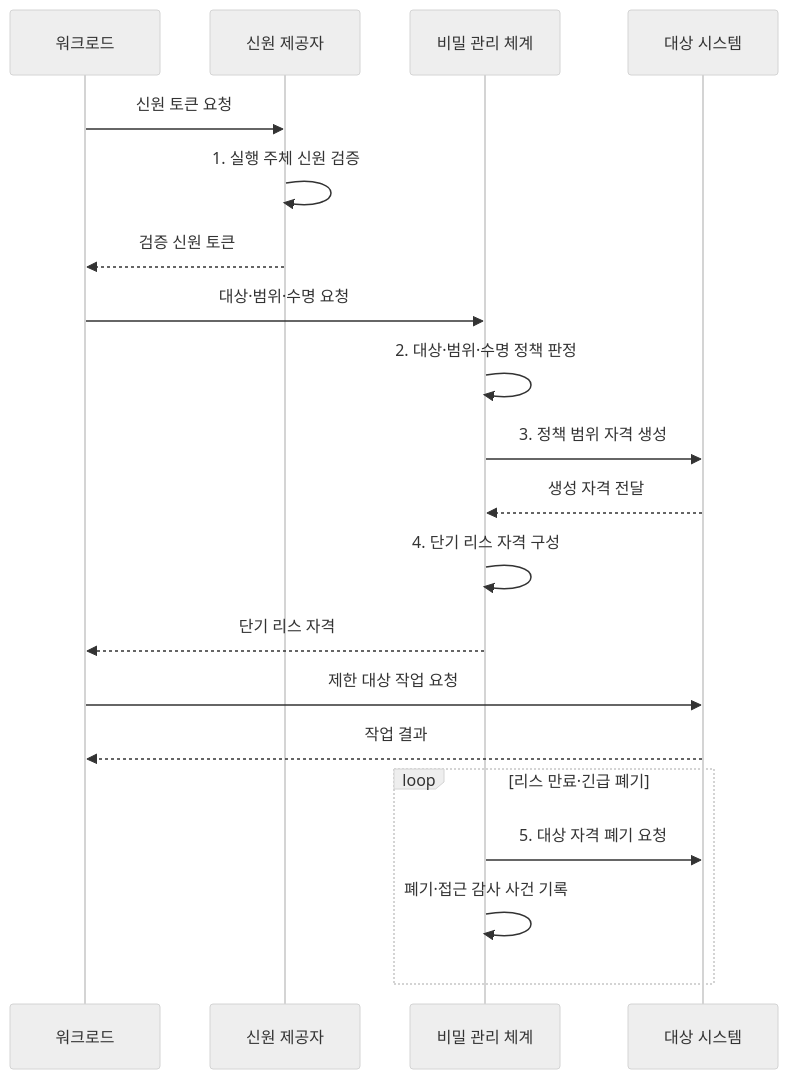
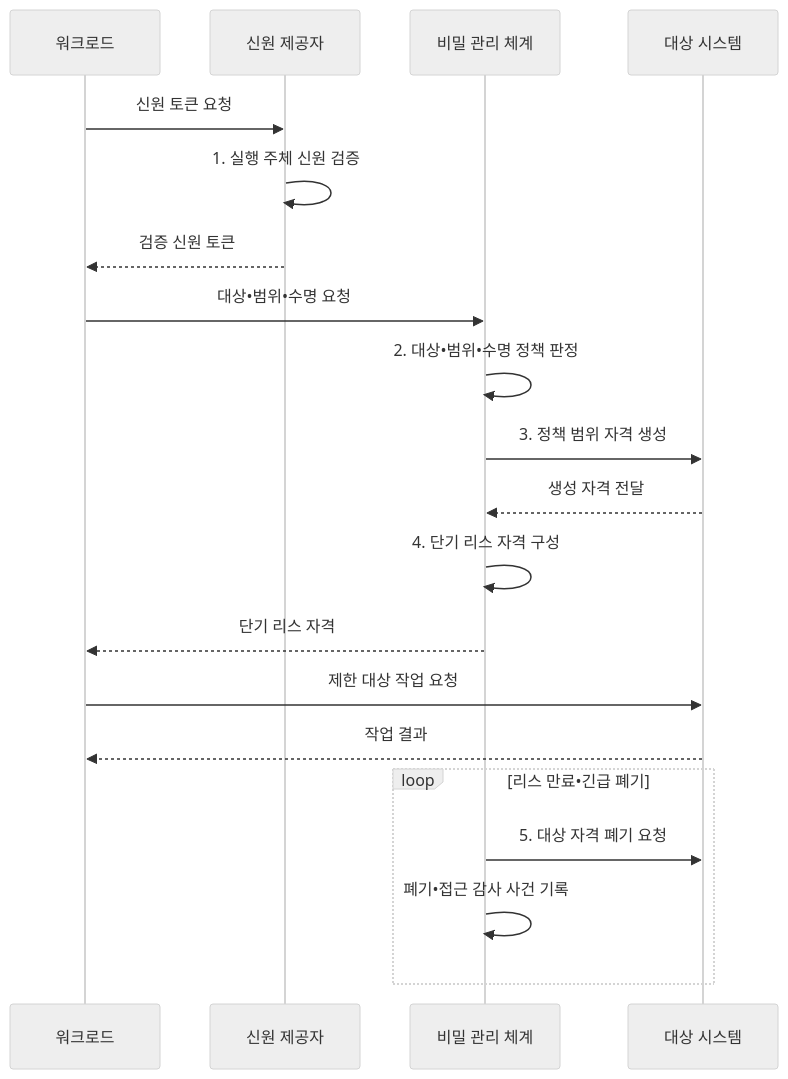
One commit to agnusdei1207/knowledge-base changed the second of 2 diagrams in src/content/docs/notes/05-security/077_secrets_management_vault_aws_secrets.md. Above: the diagram before and after it, drawn with Mermaid (neutral theme). The commit also changed other lines of this file and 953 other files, not shown here.

````diff
--- a/src/content/docs/notes/05-security/077_secrets_management_vault_aws_secrets.md
+++ b/src/content/docs/notes/05-security/077_secrets_management_vault_aws_secrets.md
@@ -99,22 +99,22 @@
 ```mermaid
 sequenceDiagram
     participant W as 워크로드
     participant I as 신원 제공자
     participant S as 비밀 관리 체계
     participant T as 대상 시스템
     W->>I: 신원 토큰 요청
     I->>I: 1. 실행 주체 신원 검증
     I-->>W: 검증 신원 토큰
-    W->>S: 대상·범위·수명 요청
-    S->>S: 2. 대상·범위·수명 정책 판정
+    W->>S: 대상•범위•수명 요청
+    S->>S: 2. 대상•범위•수명 정책 판정
     S->>T: 3. 정책 범위 자격 생성
     T-->>S: 생성 자격 전달
     S->>S: 4. 단기 리스 자격 구성
     S-->>W: 단기 리스 자격
     W->>T: 제한 대상 작업 요청
     T-->>W: 작업 결과
-    loop 리스 만료·긴급 폐기
+    loop 리스 만료•긴급 폐기
         S->>T: 5. 대상 자격 폐기 요청
-        S->>S: 폐기·접근 감사 사건 기록
+        S->>S: 폐기•접근 감사 사건 기록
     end
 ```
````
